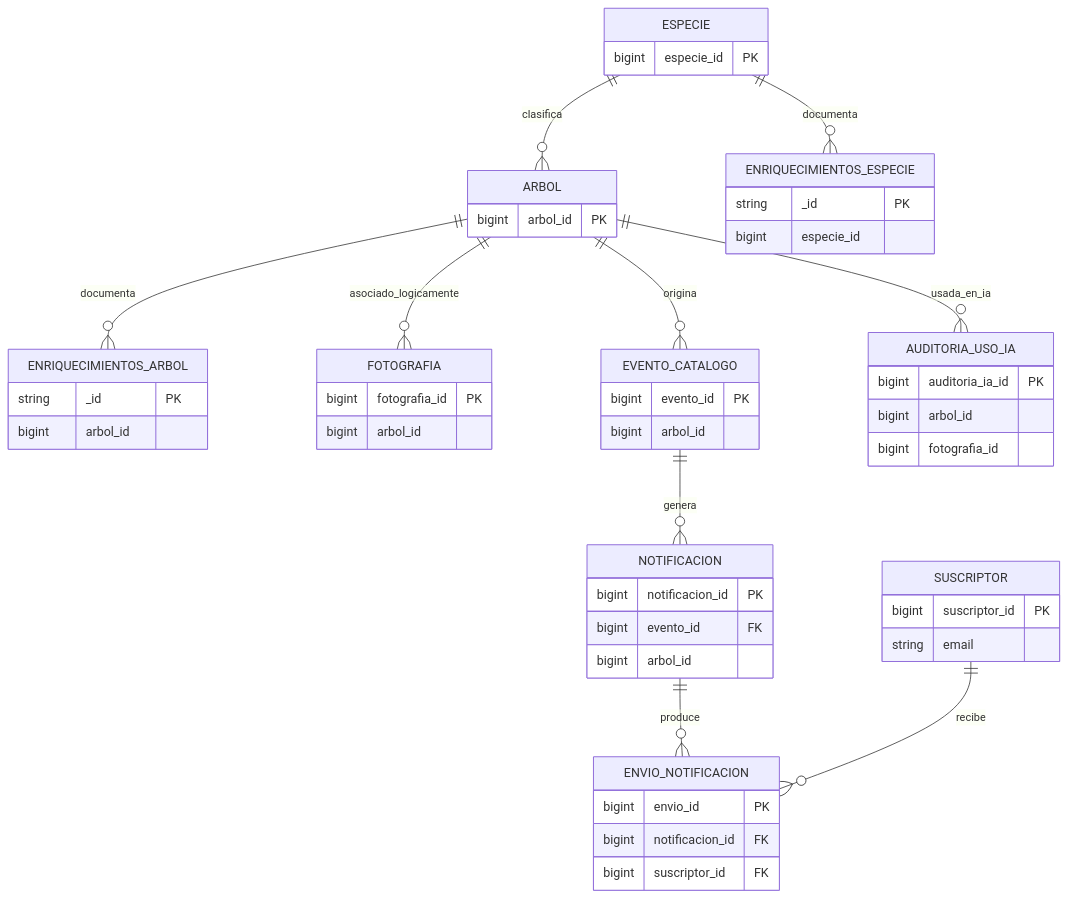
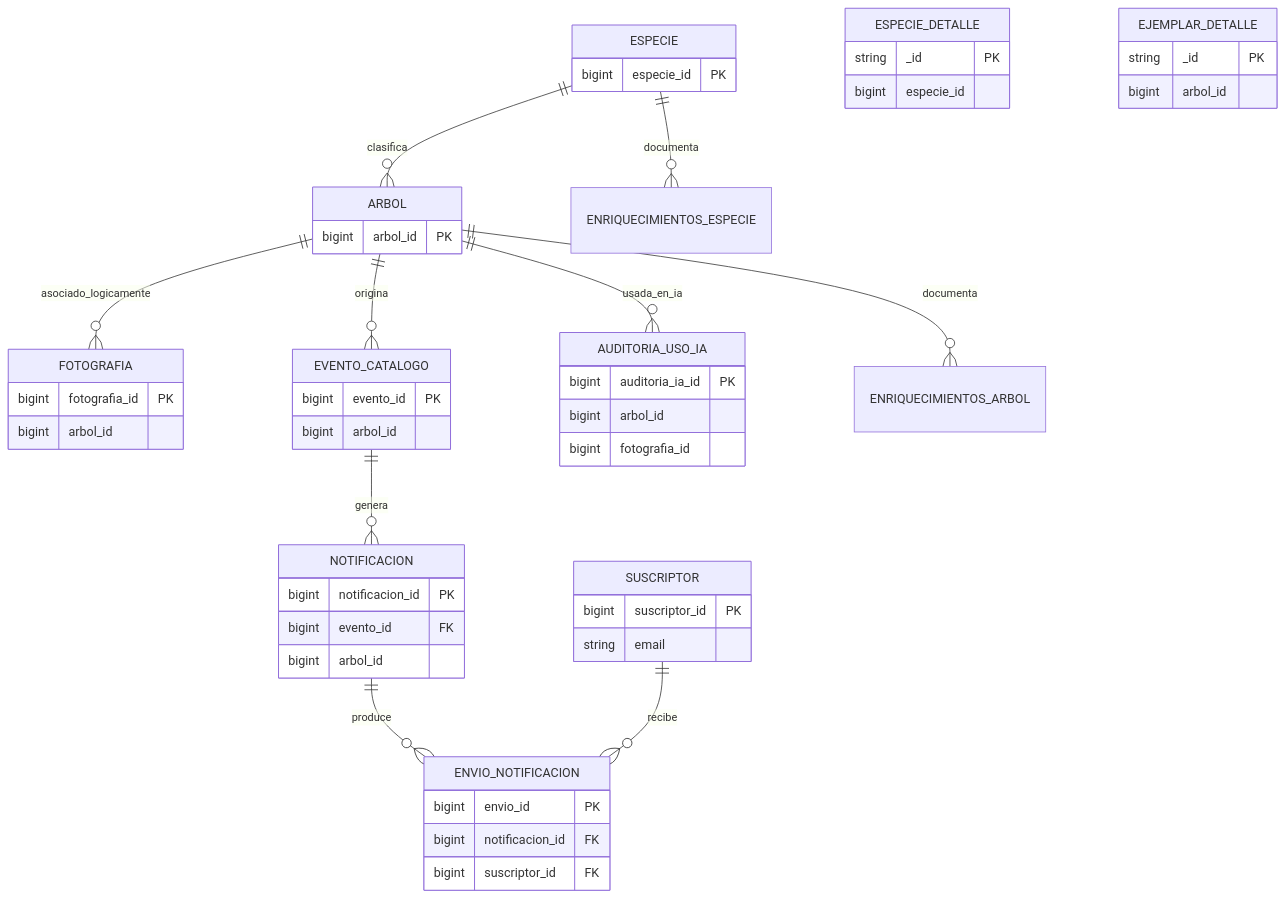
Before and after one commit to LIDR-academy/AI4Devs-finalproject: diagram 13 of 18 in readme.md, drawn with Mermaid. The commit also changed other lines of this file and 81 other files, not shown here.

````diff
--- a/readme.md
+++ b/readme.md
@@ -684,64 +673,64 @@
 ```mermaid
 erDiagram
     ARBOL {
         bigint arbol_id PK
     }
 
     ESPECIE {
         bigint especie_id PK
     }
     
-    ENRIQUECIMIENTOS_ESPECIE {
+    ESPECIE_DETALLE {
         string _id PK
         bigint especie_id
     }
 
-    ENRIQUECIMIENTOS_ARBOL {
+    EJEMPLAR_DETALLE {
         string _id PK
         bigint arbol_id
     }
 
     FOTOGRAFIA {
         bigint fotografia_id PK
         bigint arbol_id
     }
 
     EVENTO_CATALOGO {
         bigint evento_id PK
         bigint arbol_id
     }
 
     NOTIFICACION {
         bigint notificacion_id PK
         bigint evento_id FK
         bigint arbol_id
     }
 
     SUSCRIPTOR {
         bigint suscriptor_id PK
         string email
     }
 
     ENVIO_NOTIFICACION {
         bigint envio_id PK
         bigint notificacion_id FK
         bigint suscriptor_id FK
     }
 
     AUDITORIA_USO_IA {
         bigint auditoria_ia_id PK
         bigint arbol_id
         bigint fotografia_id
     }
 
     ARBOL ||--o{ FOTOGRAFIA : asociado_logicamente
     ARBOL ||--o{ EVENTO_CATALOGO : origina
     ARBOL ||--o{ AUDITORIA_USO_IA : usada_en_ia
     EVENTO_CATALOGO ||--o{ NOTIFICACION : genera
     ARBOL ||--o{ ENRIQUECIMIENTOS_ARBOL : documenta
     ESPECIE ||--o{ ENRIQUECIMIENTOS_ESPECIE : documenta
     ESPECIE ||--o{ ARBOL : clasifica
     NOTIFICACION ||--o{ ENVIO_NOTIFICACION : produce
     SUSCRIPTOR ||--o{ ENVIO_NOTIFICACION : recibe
 
 ```
````
